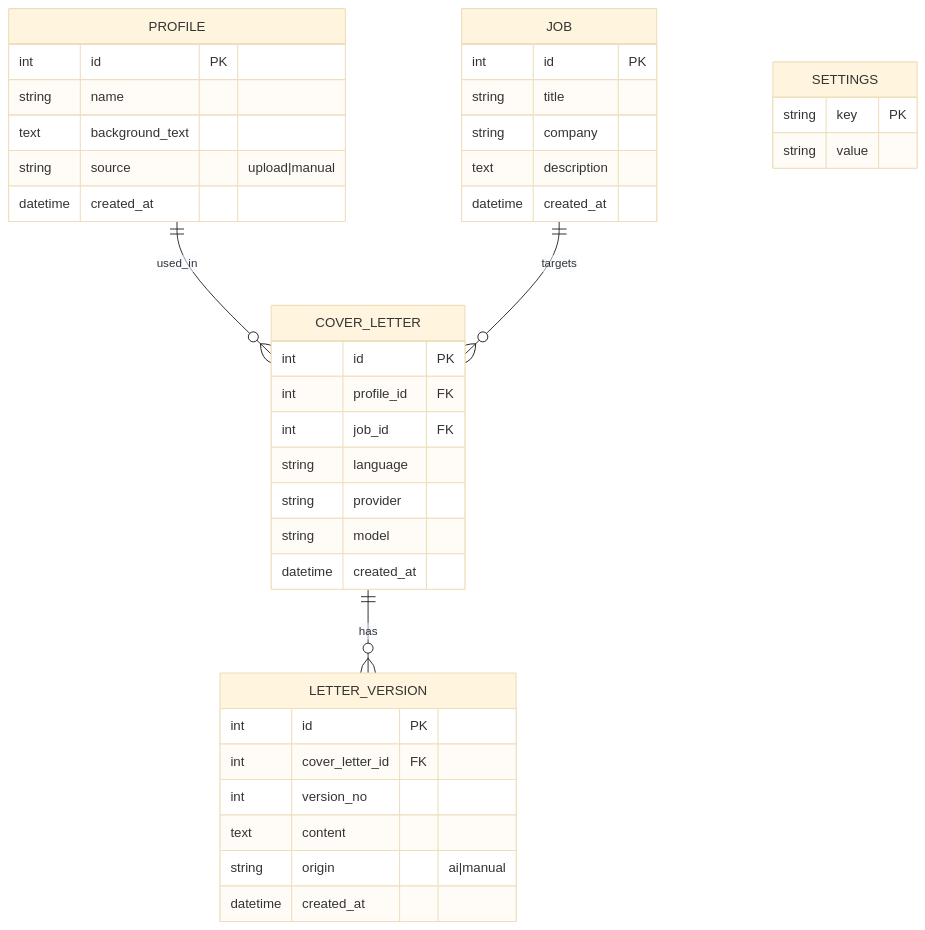
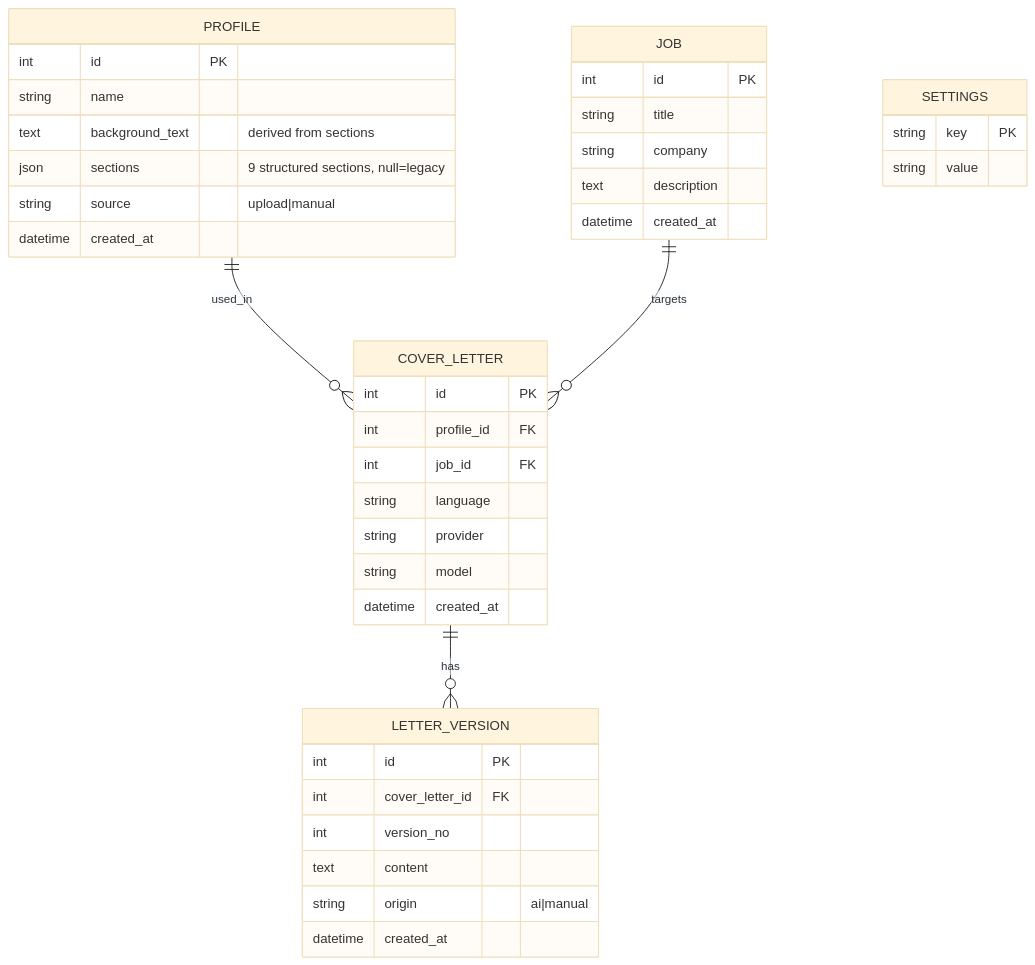
Before and after one commit to Vitor-andrade/cover-letter-generator: the fifth of 7 diagrams in docs/clg-architecture-plan.md, drawn with Mermaid (base theme). The commit also changed 1 other file, not shown here.

Commit message:
docs: document structured sections, guided flow, and saved profile
Update the README (features, how-it-works, project layout) and the
architecture plan's ER diagram to reflect the sectioned background model
(sections JSON + derived background_text), the three-step stepper, and
profile persistence. ADR-006 already records the design decision.

````diff
--- a/docs/clg-architecture-plan.md
+++ b/docs/clg-architecture-plan.md
@@ -196,41 +196,42 @@
 ```mermaid
 erDiagram
     PROFILE ||--o{ COVER_LETTER : used_in
     JOB ||--o{ COVER_LETTER : targets
     COVER_LETTER ||--o{ LETTER_VERSION : has
     PROFILE {
         int id PK
         string name
-        text background_text
+        text background_text "derived from sections"
+        json sections "9 structured sections, null=legacy"
         string source "upload|manual"
         datetime created_at
     }
     JOB {
         int id PK
         string title
         string company
         text description
         datetime created_at
     }
     COVER_LETTER {
         int id PK
         int profile_id FK
         int job_id FK
         string language
         string provider
         string model
         datetime created_at
     }
     LETTER_VERSION {
         int id PK
         int cover_letter_id FK
         int version_no
         text content
         string origin "ai|manual"
         datetime created_at
     }
     SETTINGS {
         string key PK
         string value
     }
 ```
````
